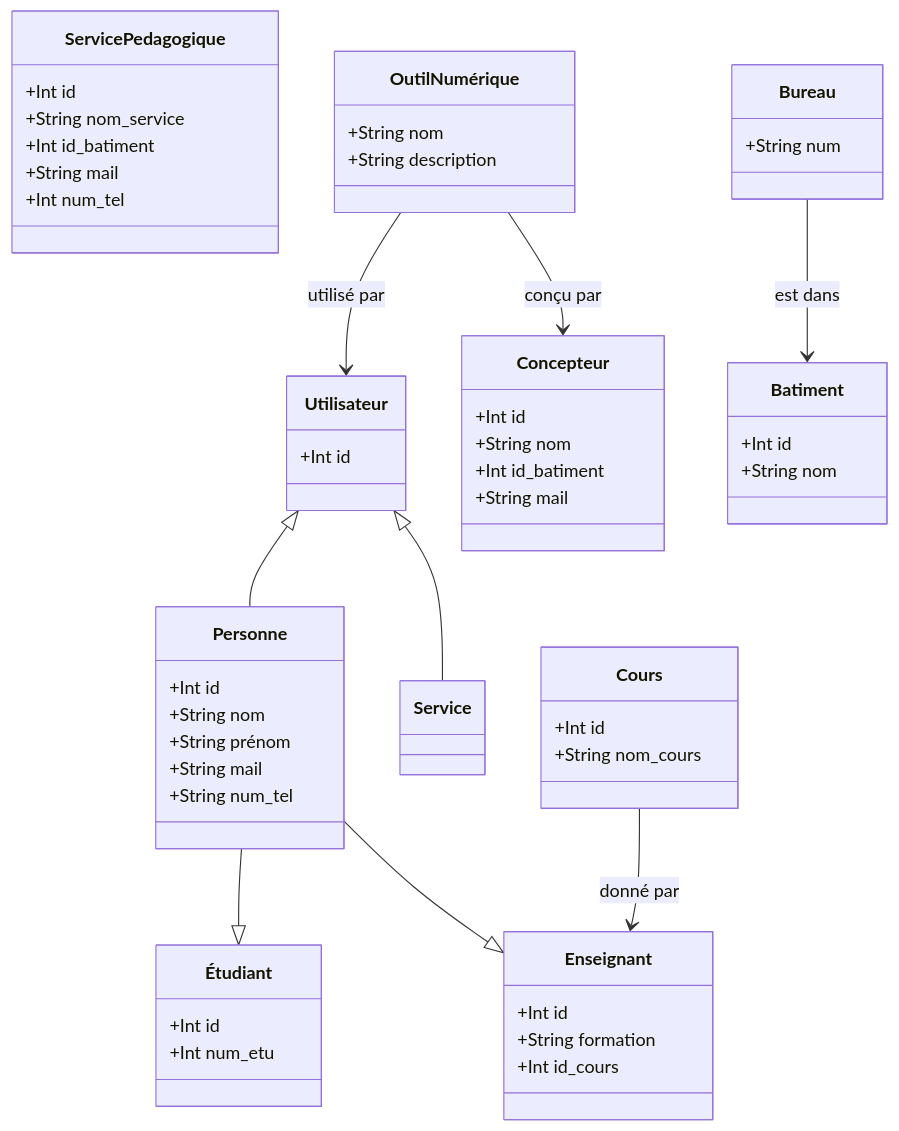
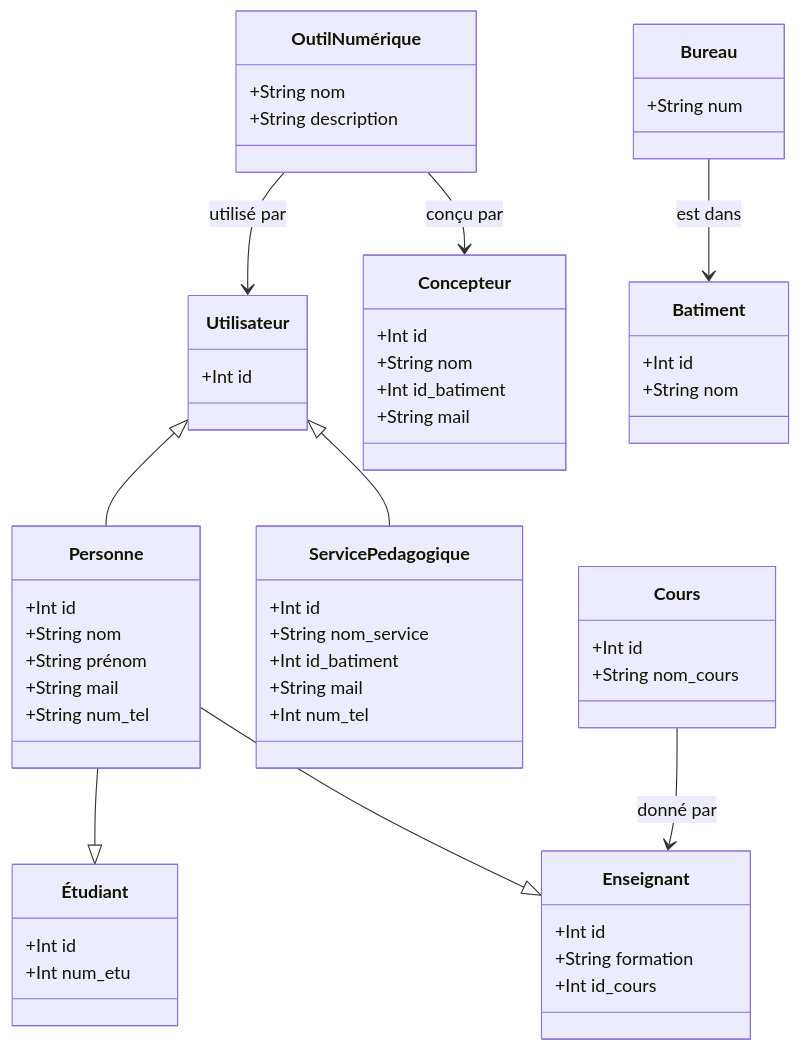
Before and after one commit to lmimouni-rim/EDUCATION: the diagram in class.md, drawn with Mermaid.

````diff
--- a/class.md
+++ b/class.md
@@ -1,62 +1,62 @@
 ```mermaid
 
 classDiagram
     class Utilisateur
     Utilisateur <|-- Personne
-    Utilisateur <|-- Service
+    Utilisateur <|-- ServicePedagogique
     Utilisateur : +Int id
 
     class Personne
     Personne --|> Étudiant
     Personne --|>Enseignant
     Personne : +Int id
     Personne : +String nom
     Personne : +String prénom
     Personne : +String mail
     Personne : +String num_tel
     
     class Étudiant
     Étudiant : +Int id
     Étudiant : +Int num_etu
 
     class Enseignant 
     Enseignant : +Int id
     Enseignant : +String formation 
     Enseignant : +Int id_cours
 
  
     class ServicePedagogique
     ServicePedagogique : +Int id
     ServicePedagogique : +String nom_service
     ServicePedagogique : +Int id_batiment 
     ServicePedagogique : +String mail 
     ServicePedagogique : +Int num_tel 
 
     class Concepteur
     Concepteur : +Int id
     Concepteur : +String nom
     Concepteur : +Int id_batiment
     Concepteur : +String mail 
     
     class OutilNumérique 
     OutilNumérique --> Utilisateur : utilisé par
     OutilNumérique --> Concepteur: conçu par
     OutilNumérique : +String nom
     OutilNumérique : +String description
 
     class Cours
     Cours : +Int id
     Cours : +String nom_cours
 
     class Batiment
     Batiment : +Int id
     Batiment : +String nom
 
     class Bureau
     Bureau --> Batiment : est dans
     Bureau : +String num
 
     Cours --> Enseignant : donné par
 
  
 ```
````
